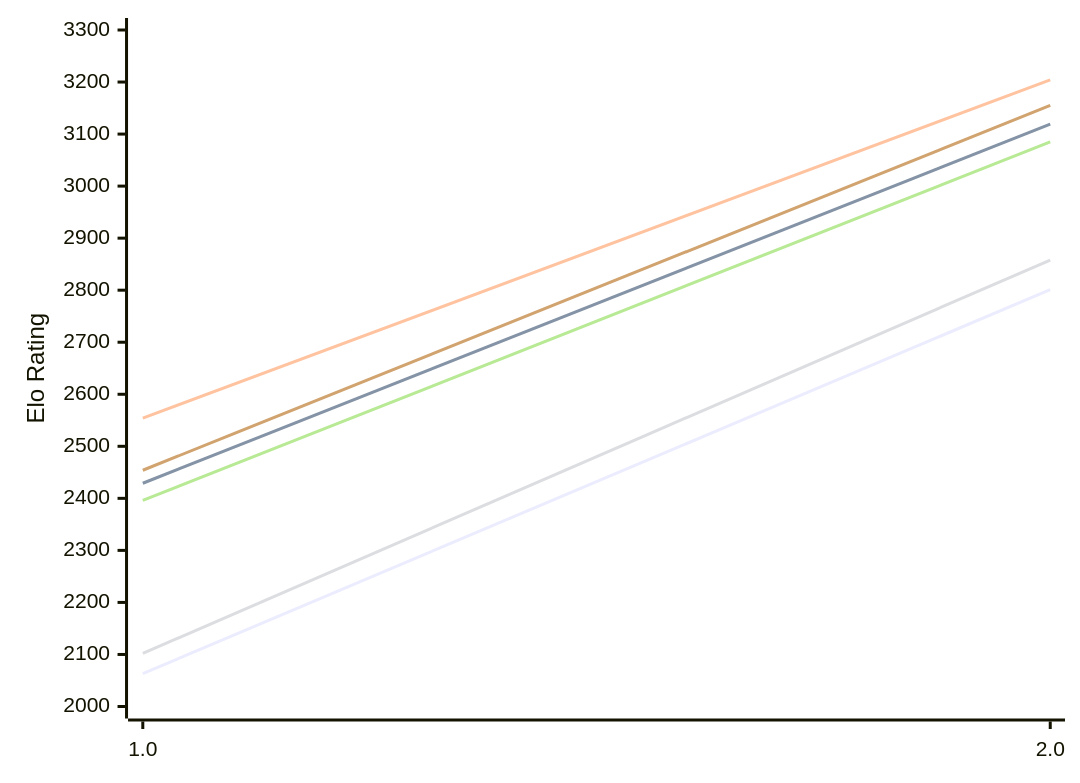
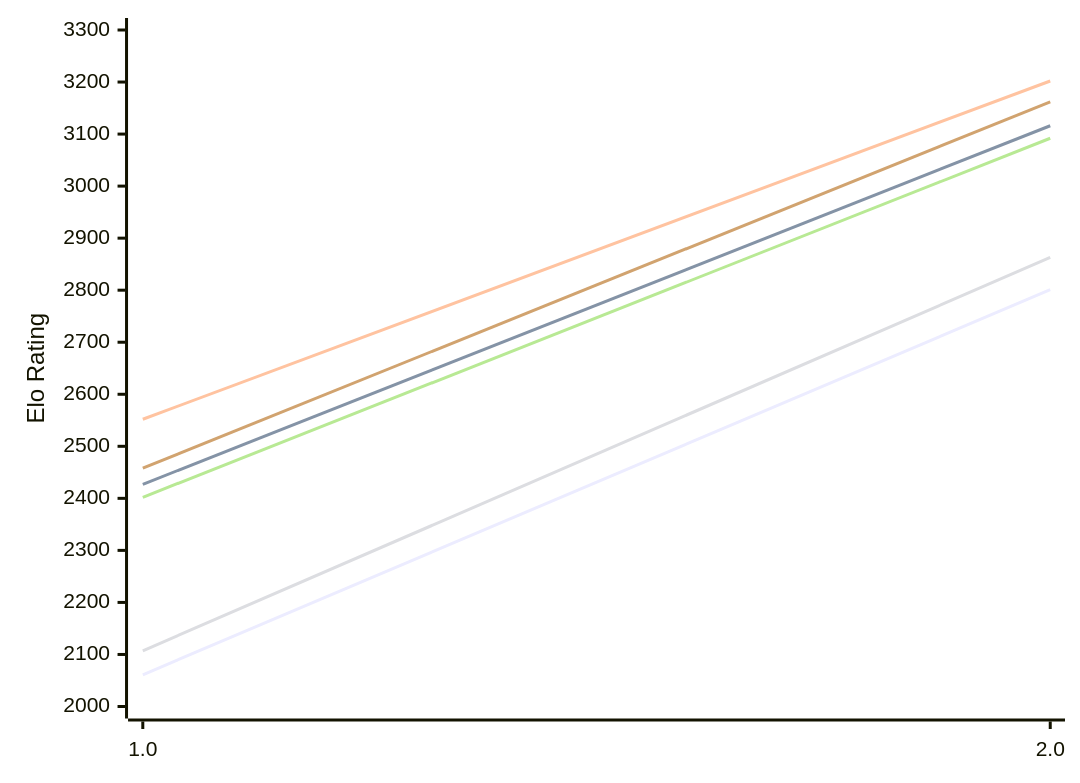
The diagram in engines/Scarlet.md (computer-chess-index/cci), drawn with Mermaid before and after one commit. The commit also changed other lines of this file, not shown here.

Commit message:
Update CCI Ratings (ELO VLTC) - 2026-11-23

````diff
--- a/engines/Scarlet.md
+++ b/engines/Scarlet.md
@@ -49,12 +49,12 @@
 ```mermaid
 %%{init: {"theme":"base","themeVariables":{"seriesColors:['#a3a3a3','#222221','#faa371']}}}%%
 xychart-beta
   x-axis ["1.0", "2.0"]
   y-axis "Elo Rating" 2000 --> 3300
-  line "E1: STC (8.0+0.08s)" [2063, 2801]
-  line "E1: LTC (60.0+0.60s)" [2429, 3119]
-  line "E1: VLTC (2m24s+1.12s)" [2554, 3204]
-  line "P1: STC (8.0+0.08s)" [2102, 2858]
-  line "P1: LTC (60.0+0.60s)" [2396, 3085]
-  line "P1: VLTC (2m24s+1.12s)" [2454, 3155]
+  line "E1: STC (8.0+0.08s)" [2061, 2801]
+  line "E1: LTC (60.0+0.60s)" [2427, 3116]
+  line "E1: VLTC (2m24s+1.12s)" [2552, 3202]
+  line "P1: STC (8.0+0.08s)" [2107, 2863]
+  line "P1: LTC (60.0+0.60s)" [2402, 3092]
+  line "P1: VLTC (2m24s+1.12s)" [2458, 3162]
 ```
````
